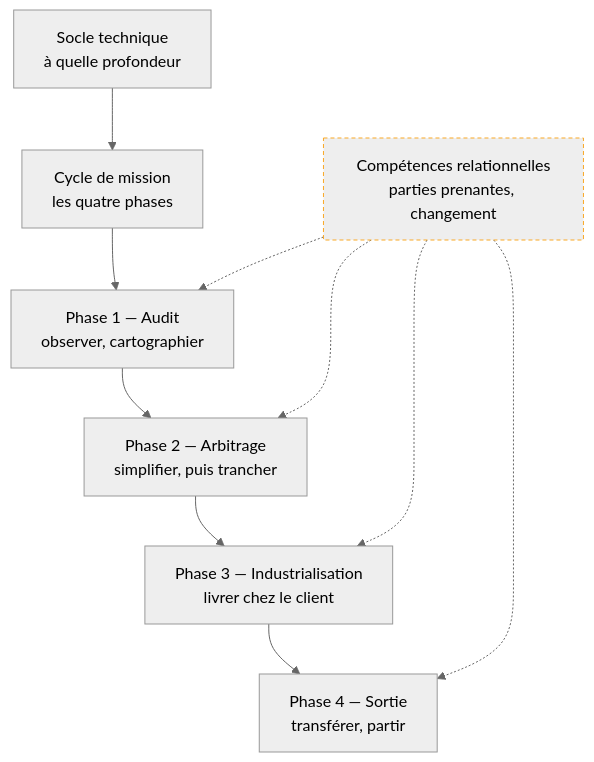
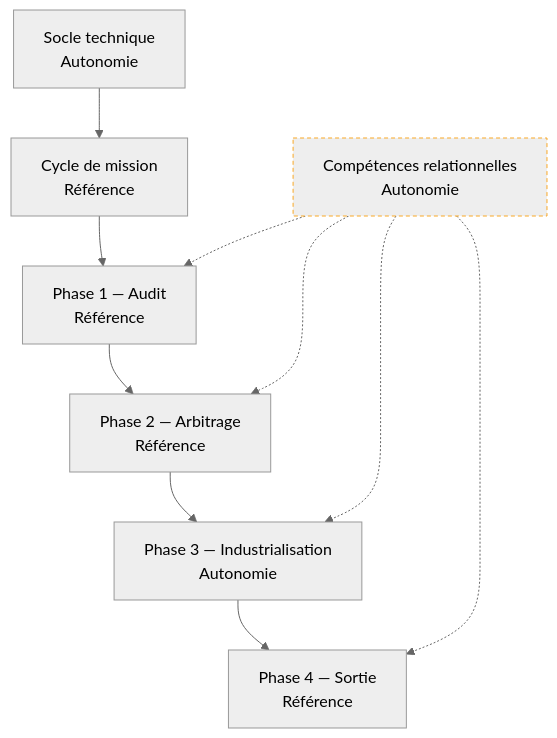
The diagram in content/parcours/forward-deployed-engineer/index.md (floSa/Atlas-Metiers-Roadmaps), drawn with Mermaid (neutral theme) before and after one commit. The commit also changed other lines of this file, not shown here.

Commit message:
Carte racine du parcours FDE : niveau attendu sur chaque branche

````diff
--- a/content/parcours/forward-deployed-engineer/index.md
+++ b/content/parcours/forward-deployed-engineer/index.md
@@ -15,23 +15,23 @@
 ```mermaid
 flowchart TD
-  S["Socle technique<br/>à quelle profondeur"] --> C["Cycle de mission<br/>les quatre phases"]
-  C --> P1["Phase 1 — Audit<br/>observer, cartographier"]
-  P1 --> P2["Phase 2 — Arbitrage<br/>simplifier, puis trancher"]
-  P2 --> P3["Phase 3 — Industrialisation<br/>livrer chez le client"]
-  P3 --> P4["Phase 4 — Sortie<br/>transférer, partir"]
-  R["Compétences relationnelles<br/>parties prenantes, changement"] -.-> P1
+  S["Socle technique<br/>Autonomie"] --> C["Cycle de mission<br/>Référence"]
+  C --> P1["Phase 1 — Audit<br/>Référence"]
+  P1 --> P2["Phase 2 — Arbitrage<br/>Référence"]
+  P2 --> P3["Phase 3 — Industrialisation<br/>Autonomie"]
+  P3 --> P4["Phase 4 — Sortie<br/>Référence"]
+  R["Compétences relationnelles<br/>Autonomie"] -.-> P1
   R -.-> P2
   R -.-> P3
   R -.-> P4
 
   click S "/parcours/forward-deployed-engineer/socle-technique/"
   click C "/parcours/forward-deployed-engineer/cycle-mission"
   click P1 "/parcours/forward-deployed-engineer/audit-et-cartographie"
   click P2 "/parcours/forward-deployed-engineer/arbitrage-technologique"
   click P3 "/parcours/forward-deployed-engineer/industrialisation/index"
   click P4 "/parcours/forward-deployed-engineer/sortie-de-mission/index"
   click R "/parcours/forward-deployed-engineer/competences-relationnelles"
 
   classDef transverse stroke:#f9a825,stroke-width:1px,stroke-dasharray:4 3
   class R transverse
 ```
````
